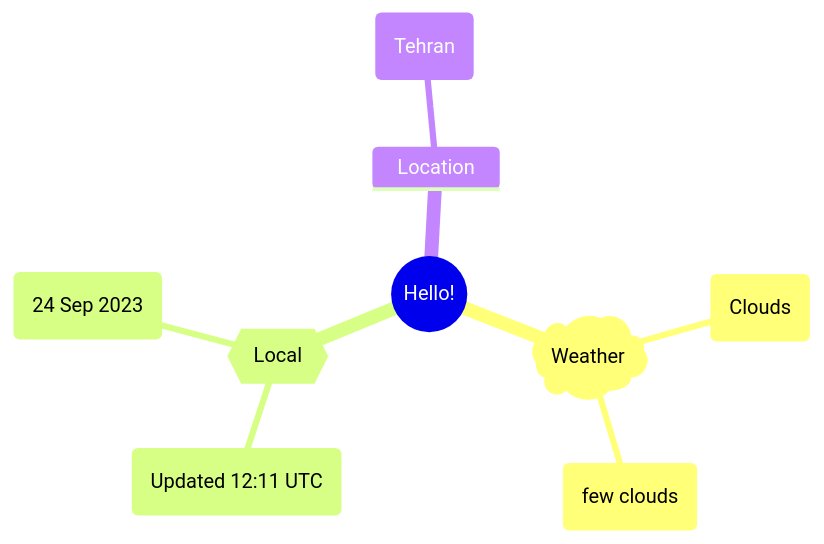
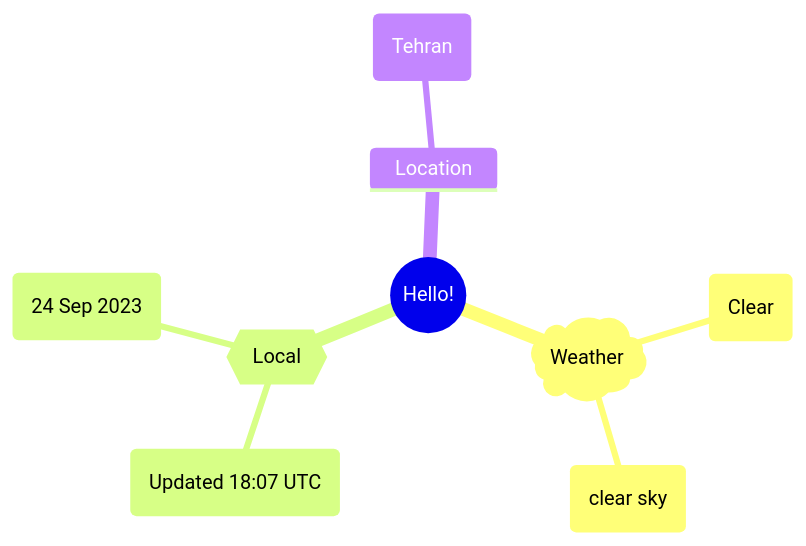
Before and after one commit to Xosrov/Xosrov: the first of 2 diagrams in README.md, drawn with Mermaid.

Commit message:
[bot] updated images

````diff
--- a/README.md
+++ b/README.md
@@ -3,12 +3,12 @@
 ```mermaid
 mindmap
   root((Hello!))
     )Weather(
-        (Clouds)
-        (few clouds)
+        (Clear)
+        (clear sky)
     {{Local}}
-        (Updated 12:11 UTC)
+        (Updated 18:07 UTC)
         (24 Sep 2023)
     Location
         (Tehran)
 ```
````
